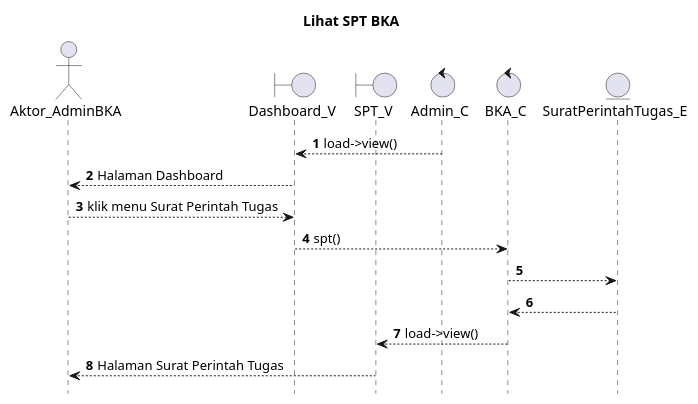
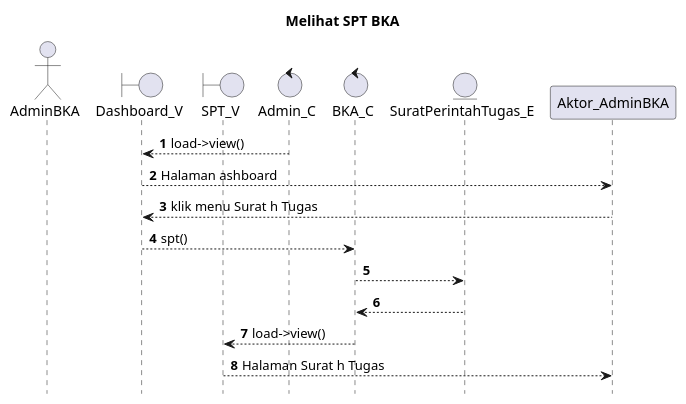
Before and after one commit to kurniado729/sistem_kp: the diagram in SELAIN SISTEM/UML/SEQUENCE/bka/ViewSPTBKA.puml, drawn with PlantUML. The commit also changed 185 other files, not shown here.

Commit message:
masukkan sequence di laporan

```diff
--- a/SELAIN SISTEM/UML/SEQUENCE/bka/ViewSPTBKA.puml
+++ b/SELAIN SISTEM/UML/SEQUENCE/bka/ViewSPTBKA.puml
@@ -1,24 +1,24 @@
 @startuml
 
 autonumber
 hide footbox
-title Lihat SPT BKA 
+title Melihat SPT BKA 
 
-Actor Aktor_AdminBKA
+Actor AdminBKA
 boundary Dashboard_V
 boundary SPT_V
 control Admin_C
 control BKA_C
 Entity SuratPerintahTugas_E
 
 Admin_C --> Dashboard_V: load->view()
-Dashboard_V --> Aktor_AdminBKA: Halaman Dashboard
-Aktor_AdminBKA --> Dashboard_V: klik menu Surat Perintah Tugas 
+Dashboard_V --> Aktor_AdminBKA: Halaman ashboard
+Aktor_AdminBKA --> Dashboard_V: klik menu Surat h Tugas 
 Dashboard_V --> BKA_C: spt()
 BKA_C --> SuratPerintahTugas_E:
     
     SuratPerintahTugas_E --> BKA_C:
     BKA_C --> SPT_V: load->view()
-    SPT_V --> Aktor_AdminBKA: Halaman Surat Perintah Tugas 
+    SPT_V --> Aktor_AdminBKA: Halaman Surat h Tugas 
 
 @enduml
```
